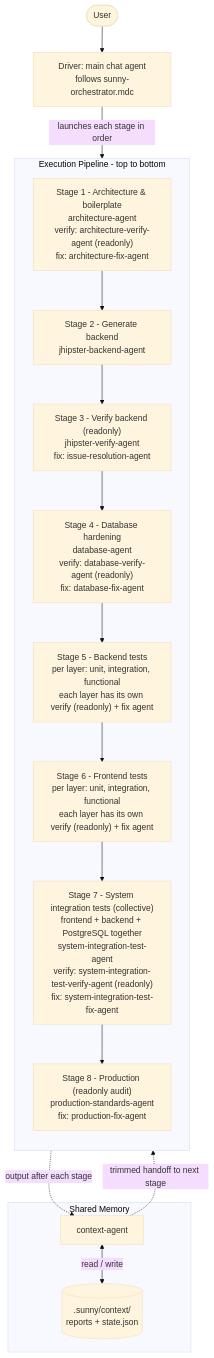
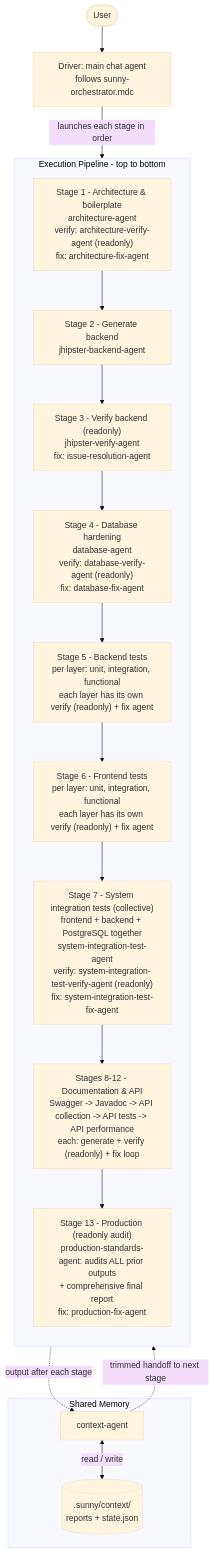
One commit to priyam-qo-box/agents changed the first of 15 diagrams in .cursor/agents/ARCHITECTURE.md. Above: the diagram before and after it, drawn with Mermaid (base theme). The commit also changed other lines of this file and 21 other files, not shown here.

First line of the commit message:
Enhance documentation and introduce new API agents for comprehensive testing

````diff
--- a/.cursor/agents/ARCHITECTURE.md
+++ b/.cursor/agents/ARCHITECTURE.md
@@ -37,28 +43,29 @@
 ```mermaid
 flowchart TB
     User([User]) --> Driver["Driver: main chat agent<br/>follows sunny-orchestrator.mdc"]
 
     subgraph pipeline [Execution Pipeline - top to bottom]
         direction TB
         S0["Stage 1 - Architecture & boilerplate<br/>architecture-agent<br/>verify: architecture-verify-agent (readonly)<br/>fix: architecture-fix-agent"]
         S1["Stage 2 - Generate backend<br/>jhipster-backend-agent"]
         S2["Stage 3 - Verify backend (readonly)<br/>jhipster-verify-agent<br/>fix: issue-resolution-agent"]
         SD["Stage 4 - Database hardening<br/>database-agent<br/>verify: database-verify-agent (readonly)<br/>fix: database-fix-agent"]
         S3["Stage 5 - Backend tests<br/>per layer: unit, integration, functional<br/>each layer has its own verify (readonly) + fix agent"]
         S4["Stage 6 - Frontend tests<br/>per layer: unit, integration, functional<br/>each layer has its own verify (readonly) + fix agent"]
         SI["Stage 7 - System integration tests (collective)<br/>frontend + backend + PostgreSQL together<br/>system-integration-test-agent<br/>verify: system-integration-test-verify-agent (readonly)<br/>fix: system-integration-test-fix-agent"]
-        S5["Stage 8 - Production (readonly audit)<br/>production-standards-agent<br/>fix: production-fix-agent"]
-        S0 --> S1 --> S2 --> SD --> S3 --> S4 --> SI --> S5
+        SDOC["Stages 8-12 - Documentation & API<br/>Swagger -> Javadoc -> API collection -> API tests -> API performance<br/>each: generate + verify (readonly) + fix loop"]
+        S5["Stage 13 - Production (readonly audit)<br/>production-standards-agent: audits ALL prior outputs<br/>+ comprehensive final report<br/>fix: production-fix-agent"]
+        S0 --> S1 --> S2 --> SD --> S3 --> S4 --> SI --> SDOC --> S5
     end
 
     Driver -->|launches each stage in order| pipeline
 
     subgraph memory [Shared Memory]
         Ctx["context-agent"]
         Store[(".sunny/context/<br/>reports + state.json")]
         Ctx <-->|read / write| Store
     end
 
     pipeline -.output after each stage.-> Ctx
     Ctx -.trimmed handoff to next stage.-> pipeline
 ```
````
